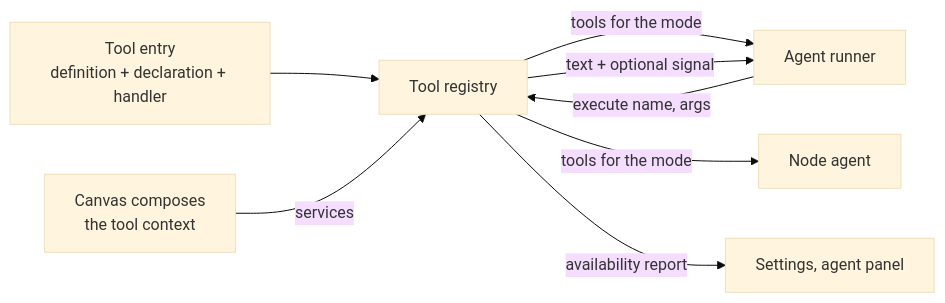
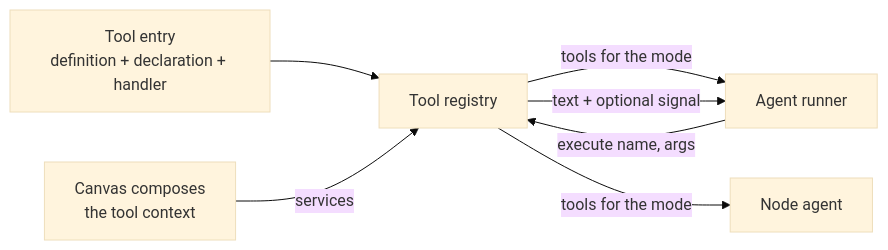
One commit to sorenwacker/nodus changed the third of 4 diagrams in docs/content/AGENT_ARCHITECTURE.md. Above: the diagram before and after it, drawn with Mermaid (base theme). The commit also changed other lines of this file and 61 other files, not shown here.

````diff
--- a/docs/content/AGENT_ARCHITECTURE.md
+++ b/docs/content/AGENT_ARCHITECTURE.md
@@ -124,10 +124,9 @@
 ```mermaid
 flowchart LR
     Def[Tool entry<br/>definition + declaration + handler] --> Reg[Tool registry]
     Reg -->|tools for the mode| Runner[Agent runner]
     Reg -->|tools for the mode| NodeAgent[Node agent]
-    Reg -->|availability report| UI[Settings, agent panel]
     Compose[Canvas composes<br/>the tool context] -->|services| Reg
     Runner -->|execute name, args| Reg
     Reg -->|text + optional signal| Runner
 ```
````
